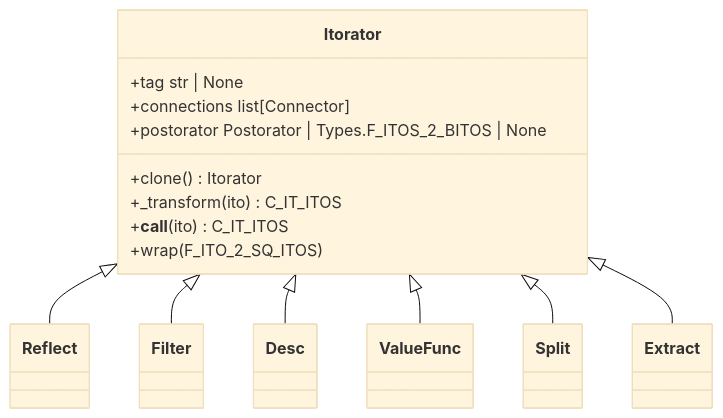
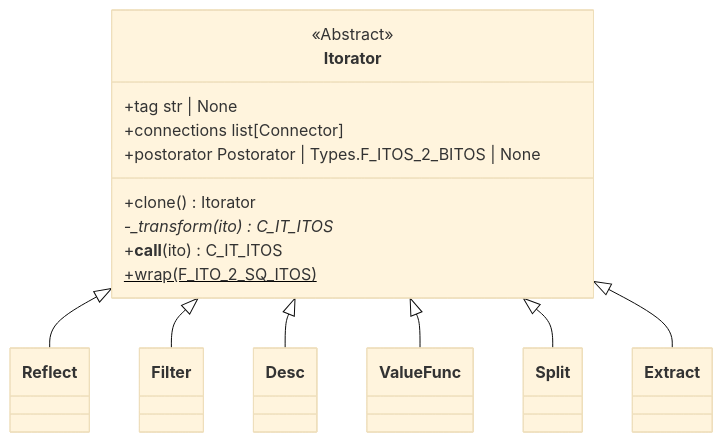
The second of 16 diagrams in docs/4. Arborform.md (rlayers/pawpaw), drawn with Mermaid (base theme) before and after one commit. The commit also changed other lines of this file, not shown here.

````diff
--- a/docs/4. Arborform.md
+++ b/docs/4. Arborform.md
@@ -80,19 +97,20 @@
 ```mermaid
 classDiagram
   class Itorator{
+      <<Abstract>>
       +tag str | None
       +connections list[Connector]
       +postorator Postorator | Types.F_ITOS_2_BITOS | None
       +clone() Itorator
-      +_transform(ito) C_IT_ITOS
+      -_transform(ito)* C_IT_ITOS
       +__call__(ito) C_IT_ITOS
-      +wrap(F_ITO_2_SQ_ITOS)
+      +wrap(F_ITO_2_SQ_ITOS)$
   }
   
   Itorator <|-- Reflect
   Itorator <|-- Filter
   Itorator <|-- Desc
   Itorator <|-- ValueFunc
   Itorator <|-- Split
   Itorator <|-- Extract
 ```
````
